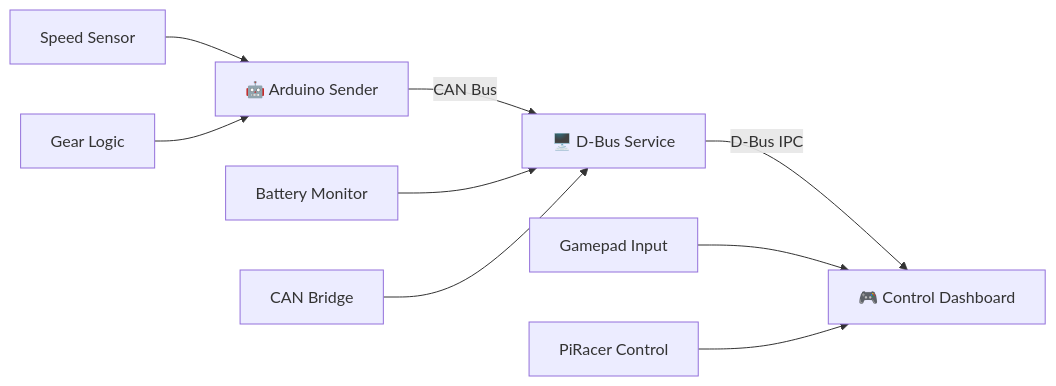
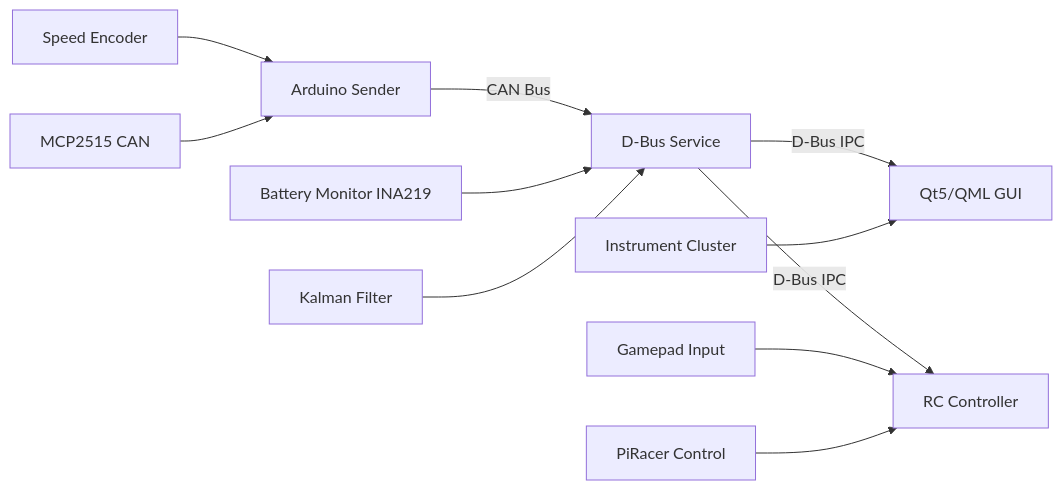
One commit to saicharansathyam/Instrument-Cluster changed the first of 8 diagrams in README.md. Above: the diagram before and after it, drawn with Mermaid. The commit also changed other lines of this file, not shown here.

````diff
--- a/README.md
+++ b/README.md
@@ -5,14 +7,16 @@
 ```mermaid
 graph LR
-    A[🤖 Arduino Sender] -->|CAN Bus| B[🖥️ D-Bus Service]
-    B -->|D-Bus IPC| C[🎮 Control Dashboard]
+    A[Arduino Sender] -->|CAN Bus| B[D-Bus Service]
+    B -->|D-Bus IPC| C[Qt5/QML GUI]
+    B -->|D-Bus IPC| D[RC Controller]
     
-    A1[Speed Sensor] --> A
-    A2[Gear Logic] --> A
+    A1[Speed Encoder] --> A
+    A2[MCP2515 CAN] --> A
     
-    B1[Battery Monitor] --> B
-    B2[CAN Bridge] --> B
+    B1[Battery Monitor INA219] --> B
+    B2[Kalman Filter] --> B
     
-    C1[Gamepad Input] --> C
-    C2[PiRacer Control] --> C
+    C1[Instrument Cluster] --> C
+    D1[Gamepad Input] --> D
+    D2[PiRacer Control] --> D
 ```
````
